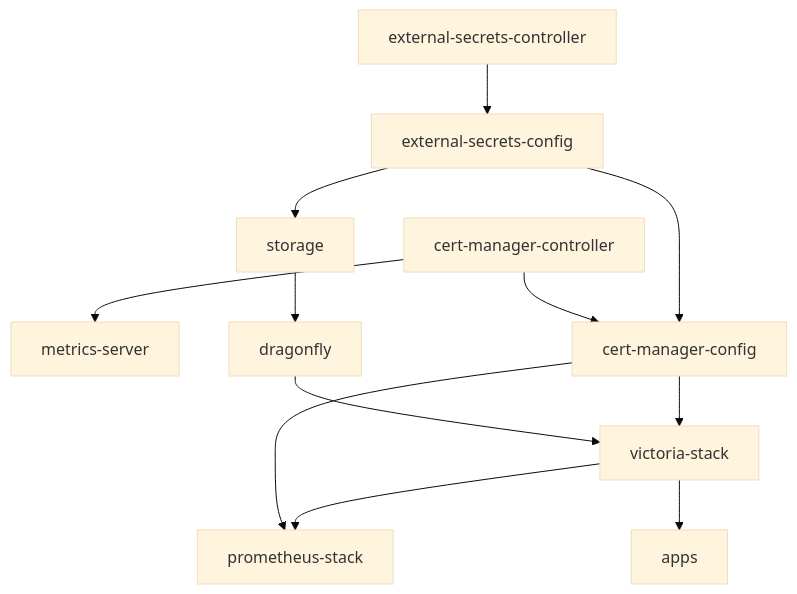
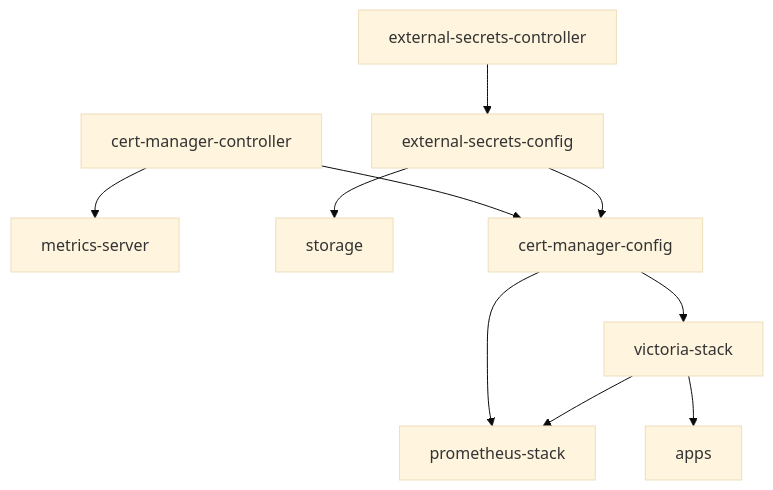
One commit to Margays/infrastructure changed the diagram in flux/clusters/monitoring/README.md. Above: the diagram before and after it, drawn with Mermaid (base theme). The commit also changed other lines of this file, not shown here.

Commit message:
refactor: Remove dragonfly references from monitoring README

````diff
--- a/flux/clusters/monitoring/README.md
+++ b/flux/clusters/monitoring/README.md
@@ -8,25 +8,22 @@
 ```mermaid
 graph TD
     cert_manager_controller[cert-manager-controller]
     metrics_server[metrics-server]
     external_secrets_controller[external-secrets-controller]
     external_secrets_config[external-secrets-config]
     storage[storage]
     cert_manager_config[cert-manager-config]
-    dragonfly[dragonfly]
     victoria_stack[victoria-stack]
     prometheus_stack[prometheus-stack]
     apps[apps]
 
     cert_manager_controller --> metrics_server
     external_secrets_controller --> external_secrets_config
     external_secrets_config --> storage
     external_secrets_config --> cert_manager_config
     cert_manager_controller --> cert_manager_config
-    storage --> dragonfly
     cert_manager_config --> victoria_stack
-    dragonfly --> victoria_stack
     victoria_stack --> prometheus_stack
     cert_manager_config --> prometheus_stack
     victoria_stack --> apps
 ```
````
